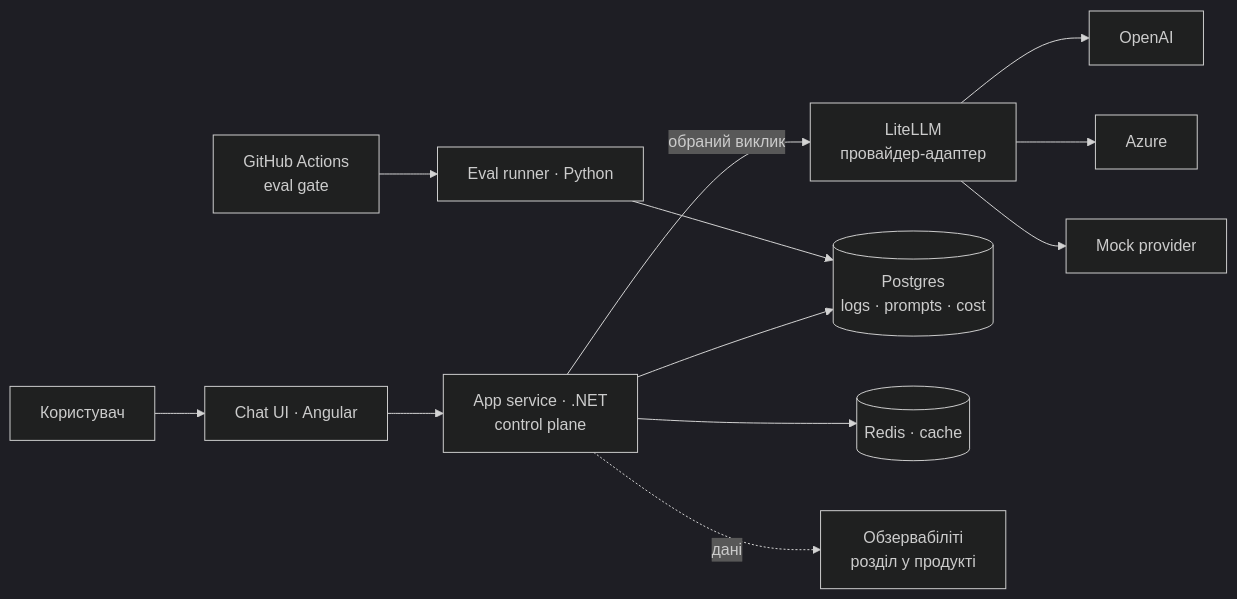
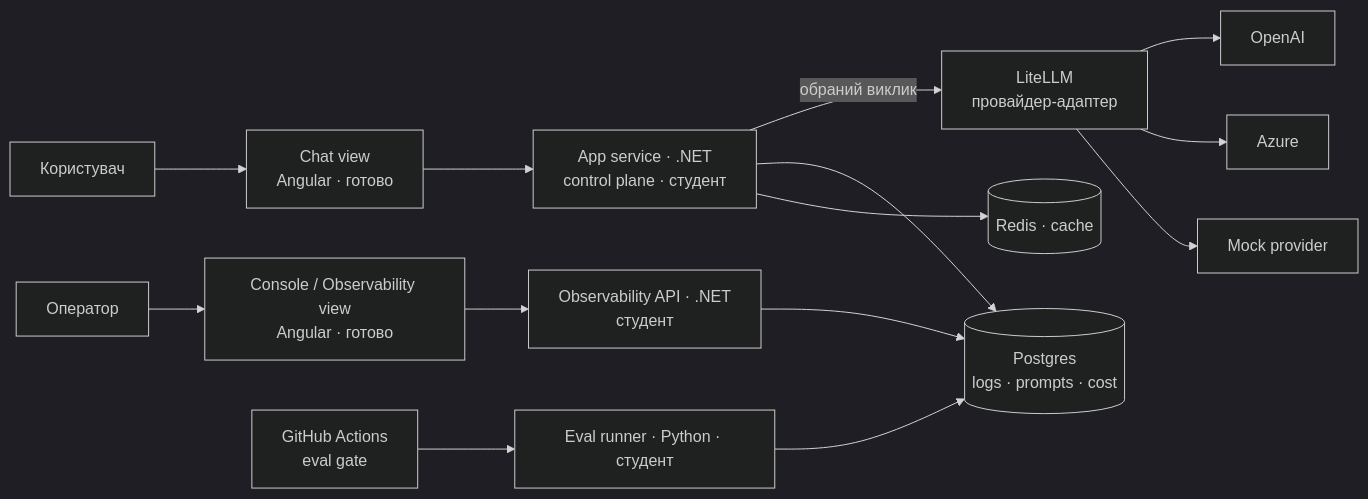
The diagram in docs/architecture.md (TarasFedorenkoFTV/llmops-bootcamp), drawn with Mermaid (dark theme) before and after one commit. The commit also changed other lines of this file and 2 other files, not shown here.

Commit message:
docs: place observability explicitly (Angular Console view + .NET observability API)

````diff
--- a/docs/architecture.md
+++ b/docs/architecture.md
@@ -6,14 +10,16 @@
 ```mermaid
 flowchart LR
-  U[Користувач] --> UI[Chat UI · Angular]
-  UI --> SVC[App service · .NET<br/>control plane]
+  U[Користувач] --> CHAT[Chat view<br/>Angular · готово]
+  OP[Оператор] --> CON[Console / Observability view<br/>Angular · готово]
+  CHAT --> SVC[App service · .NET<br/>control plane · студент]
+  CON --> OAPI[Observability API · .NET<br/>студент]
   SVC -->|обраний виклик| GW[LiteLLM<br/>провайдер-адаптер]
   GW --> P1[OpenAI]
   GW --> P2[Azure]
   GW --> MOCK[Mock provider]
   SVC --> PG[(Postgres<br/>logs · prompts · cost)]
+  OAPI --> PG
   SVC --> RED[(Redis · cache)]
-  SVC -. дані .-> OBS[Обзервабіліті<br/>розділ у продукті]
-  EV[Eval runner · Python] --> PG
+  EV[Eval runner · Python · студент] --> PG
   CI[GitHub Actions<br/>eval gate] --> EV
 ```
````
